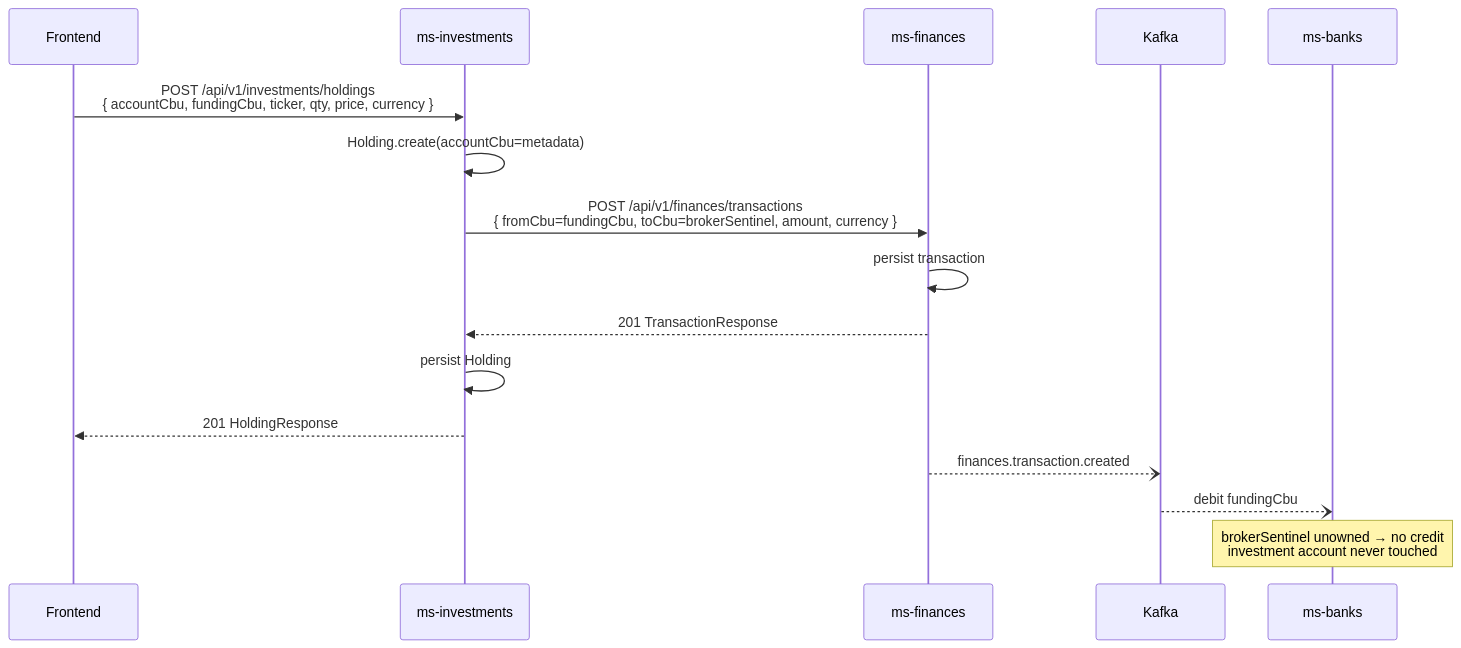
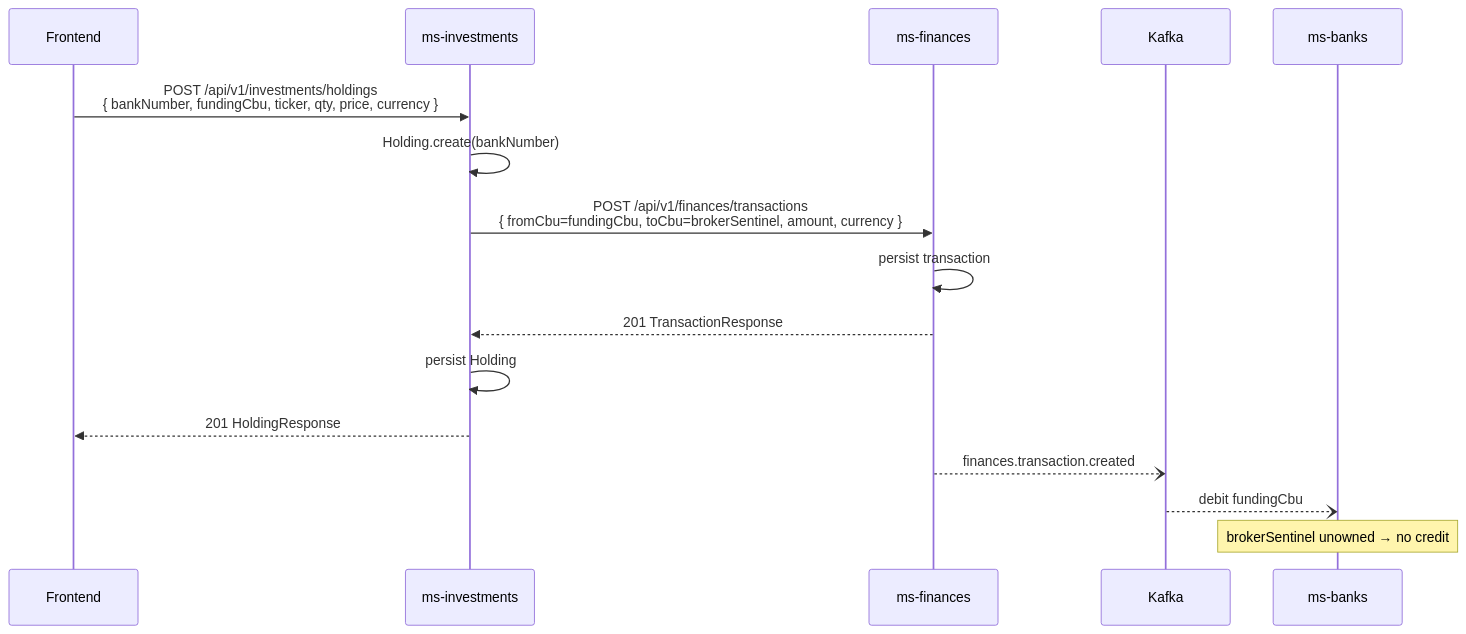
One commit to Sergio-Smirnoff/financial-app changed the third of 3 diagrams in docs/specs/services/ms-investments.md. Above: the diagram before and after it, drawn with Mermaid. The commit also changed other lines of this file and 1 other file, not shown here.

First line of the commit message:
docs(specs): purge removed INVESTMENT-account model from ms-banks/ms-investments specs

````diff
--- a/docs/specs/services/ms-investments.md
+++ b/docs/specs/services/ms-investments.md
@@ -238,19 +237,19 @@
 ```mermaid
 sequenceDiagram
     participant FE as Frontend
     participant INV as ms-investments
     participant FIN as ms-finances
     participant KFK as Kafka
     participant BNK as ms-banks
 
-    FE->>INV: POST /api/v1/investments/holdings<br/>{ accountCbu, fundingCbu, ticker, qty, price, currency }
-    INV->>INV: Holding.create(accountCbu=metadata)
+    FE->>INV: POST /api/v1/investments/holdings<br/>{ bankNumber, fundingCbu, ticker, qty, price, currency }
+    INV->>INV: Holding.create(bankNumber)
     INV->>FIN: POST /api/v1/finances/transactions<br/>{ fromCbu=fundingCbu, toCbu=brokerSentinel, amount, currency }
     FIN->>FIN: persist transaction
     FIN-->>INV: 201 TransactionResponse
     INV->>INV: persist Holding
     INV-->>FE: 201 HoldingResponse
     FIN--)KFK: finances.transaction.created
     KFK--)BNK: debit fundingCbu
-    Note over BNK: brokerSentinel unowned → no credit<br/>investment account never touched
+    Note over BNK: brokerSentinel unowned → no credit
 ```
````
